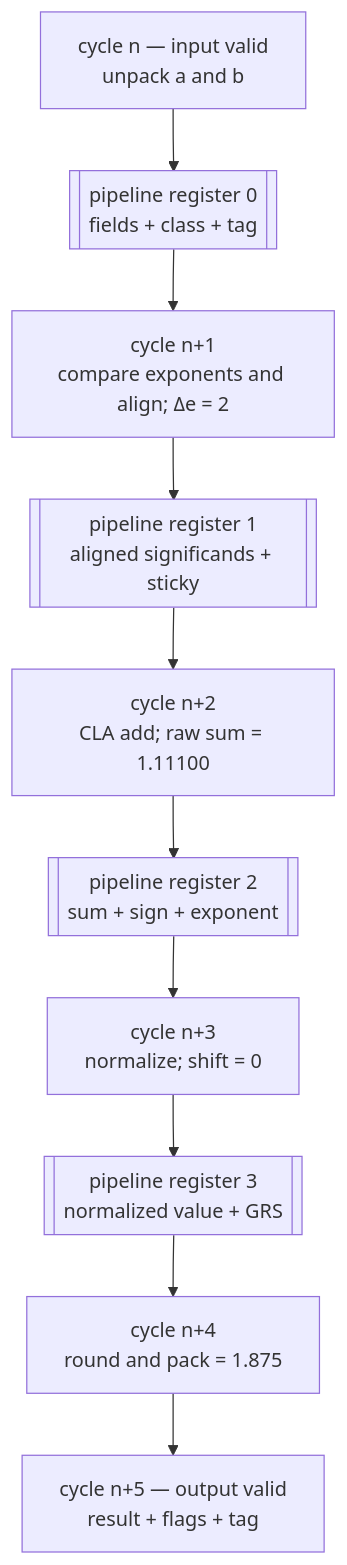
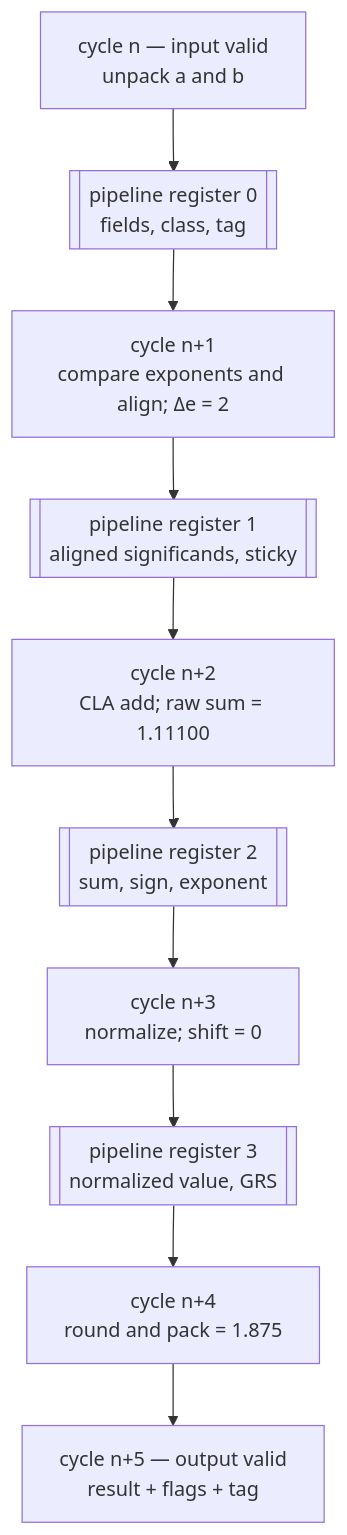
Before and after one commit to Wty2003328/silicon-design-notebook: the fourth of 9 diagrams in 00_Fundamentals/04_Floating_Point.md, drawn with Mermaid. The commit also changed 125 other files, not shown here.

First line of the commit message:
Complete the AMBA family, refresh the learning path, and make every figure and formula actually render

````diff
--- a/00_Fundamentals/04_Floating_Point.md
+++ b/00_Fundamentals/04_Floating_Point.md
@@ -361,12 +361,12 @@
 ```mermaid
 flowchart TB
-  C0["cycle n — input valid<br/>unpack a and b"] --> R0[["pipeline register 0<br/>fields + class + tag"]]
+  C0["cycle n — input valid<br/>unpack a and b"] --> R0[["pipeline register 0<br/>fields, class, tag"]]
   R0 --> C1["cycle n+1<br/>compare exponents and align; Δe = 2"]
-  C1 --> R1[["pipeline register 1<br/>aligned significands + sticky"]]
+  C1 --> R1[["pipeline register 1<br/>aligned significands, sticky"]]
   R1 --> C2["cycle n+2<br/>CLA add; raw sum = 1.11100"]
-  C2 --> R2[["pipeline register 2<br/>sum + sign + exponent"]]
+  C2 --> R2[["pipeline register 2<br/>sum, sign, exponent"]]
   R2 --> C3["cycle n+3<br/>normalize; shift = 0"]
-  C3 --> R3[["pipeline register 3<br/>normalized value + GRS"]]
+  C3 --> R3[["pipeline register 3<br/>normalized value, GRS"]]
   R3 --> C4["cycle n+4<br/>round and pack = 1.875"]
   C4 --> OV["cycle n+5 — output valid<br/>result + flags + tag"]
 ```
````
